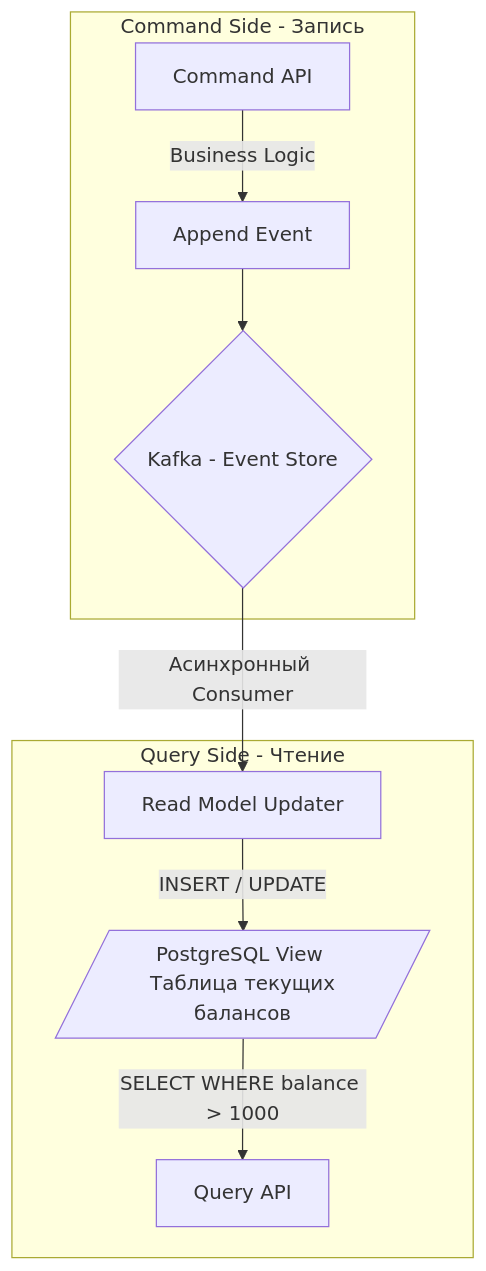
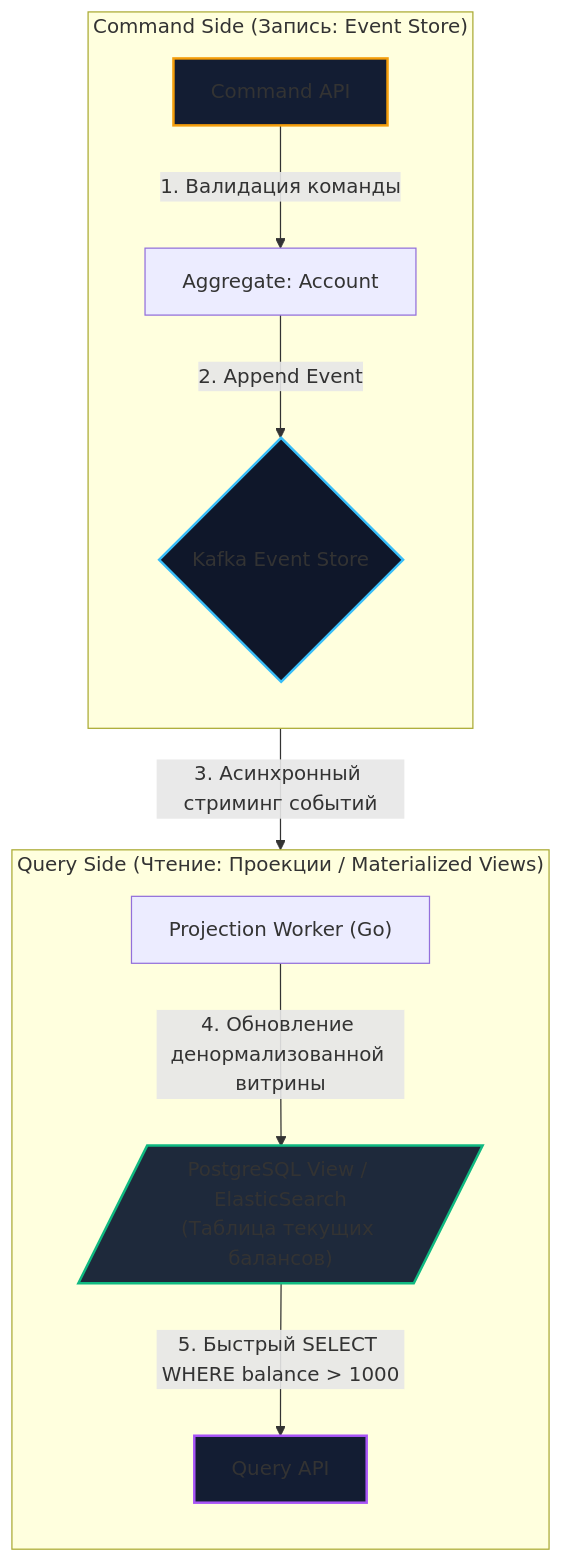
The second of 3 diagrams in sources/13. Очереди, брокеры сообщений и оркестраторы/05. Паттерны и архитектура/4. Event sourcing и брокеры.md (UnrealTemplier/go-textbook), drawn with Mermaid before and after one commit. The commit also changed other lines of this file, not shown here.

Commit message:
feat(module-13): editorial rewrite of lecture 4 (Event sourcing) in Subsection 5 in Kernighan style

````diff
--- a/sources/13. Очереди, брокеры сообщений и оркестраторы/05. Паттерны и архитектура/4. Event sourcing и брокеры.md
+++ b/sources/13. Очереди, брокеры сообщений и оркестраторы/05. Паттерны и архитектура/4. Event sourcing и брокеры.md
@@ -142,13 +210,20 @@
 ```mermaid
 flowchart TD
-    subgraph Command Side - Запись
-        A["Command API"] -->|"Business Logic"| B["Append Event"]
-        B --> C{"Kafka - Event Store"}
+    subgraph CommandSide ["Command Side (Запись: Event Store)"]
+        direction TB
+        CMD["Command API"] -->|"1. Валидация команды"| AGG["Aggregate: Account"]
+        AGG -->|"2. Append Event"| ES{"Kafka Event Store"}
     end
 
-    subgraph Query Side - Чтение
-        C -->|"Асинхронный Consumer"| D["Read Model Updater"]
-        D -->|"INSERT / UPDATE"| E[/"PostgreSQL View <br> Таблица текущих балансов"/]
-        E -->|"SELECT WHERE balance > 1000"| F["Query API"]
+    subgraph QuerySide ["Query Side (Чтение: Проекции / Materialized Views)"]
+        direction TB
+        ES -->|"3. Асинхронный стриминг событий"| PROJ["Projection Worker (Go)"]
+        PROJ -->|"4. Обновление денормализованной витрины"| RDB[/"PostgreSQL View / ElasticSearch<br>(Таблица текущих балансов)"/]
+        RDB -->|"5. Быстрый SELECT WHERE balance > 1000"| QRY["Query API"]
     end
+
+    style ES fill:#0f172a,stroke:#38bdf8,stroke-width:2px
+    style RDB fill:#1e293b,stroke:#10b981,stroke-width:2px
+    style CMD fill:#131d33,stroke:#f59e0b,stroke-width:2px
+    style QRY fill:#131d33,stroke:#a855f7,stroke-width:2px
 ```
````
